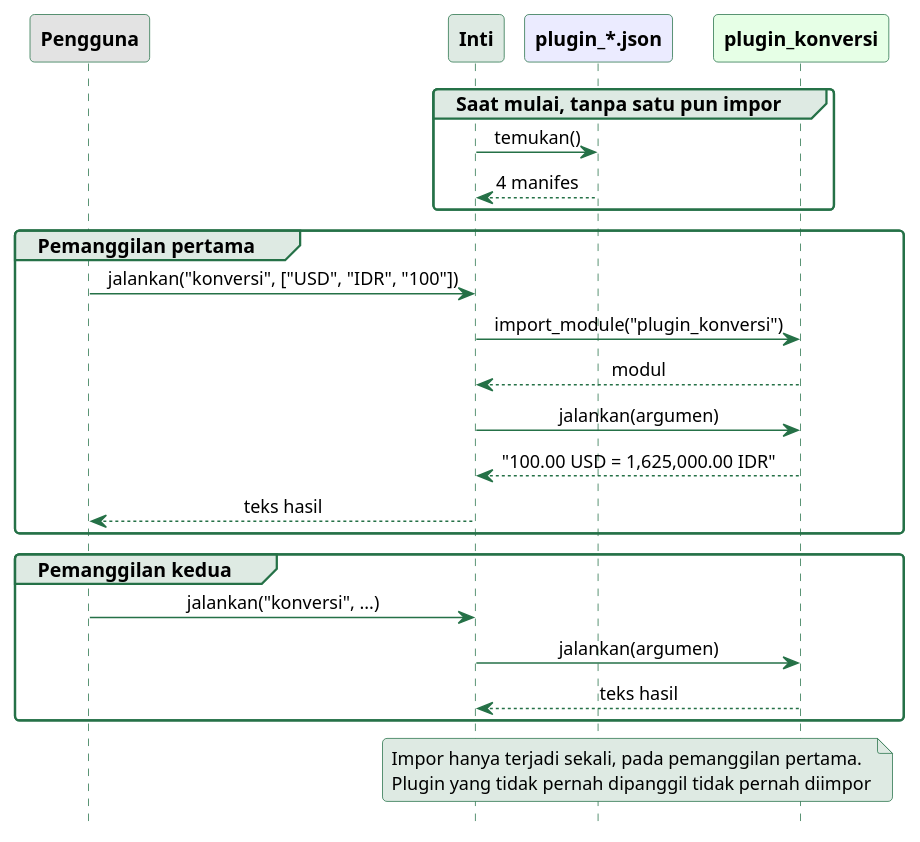
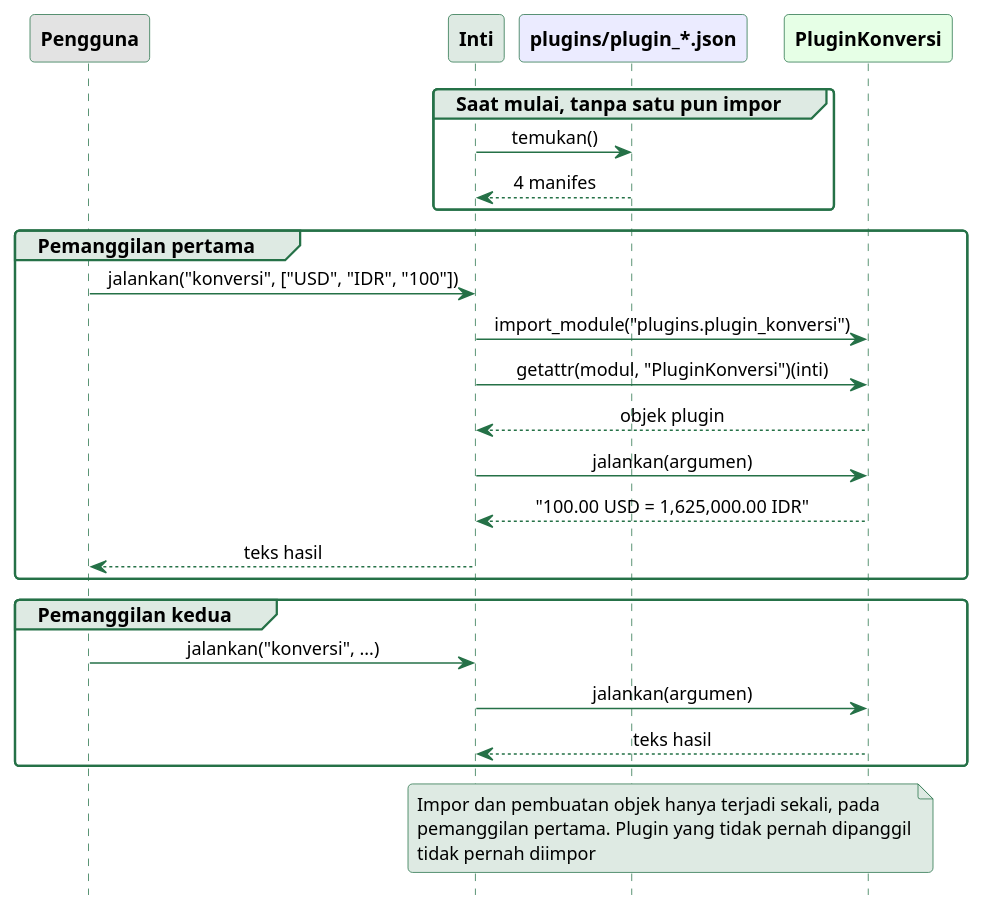
Before and after one commit to alfa-yohannis/software-architecture: the diagram in sources/chapter05/diagram/sekuens-aktivasi.puml, drawn with PlantUML. The commit also changed 26 other files, not shown here.

```diff
--- a/sources/chapter05/diagram/sekuens-aktivasi.puml
+++ b/sources/chapter05/diagram/sekuens-aktivasi.puml
@@ -11,56 +11,58 @@
 @startuml
 skinparam backgroundColor transparent
 skinparam defaultFontName Titillium Web
 skinparam defaultFontSize 13
 skinparam shadowing false
 skinparam roundCorner 6
 skinparam sequenceMessageAlignment center
 skinparam sequence {
   ArrowColor #257147
   ArrowFontSize 12
   LifeLineBorderColor #257147
   LifeLineBackgroundColor #DEEAE3
   ParticipantBorderColor #257147
   ParticipantFontColor black
   ParticipantFontSize 13
   ParticipantFontStyle bold
   GroupBackgroundColor #DEEAE3
   GroupBorderColor #257147
 }
 skinparam note {
   BackgroundColor #DEEAE3
   BorderColor #257147
   FontSize 12
 }
 hide footbox
 
 participant Pengguna as U #E3E3E3
 participant Inti as I #DEEAE3
-participant "plugin_*.json" as M #EBEBFF
-participant plugin_konversi as P #E6FFE6
+participant "plugins/plugin_*.json" as M #EBEBFF
+participant PluginKonversi as P #E6FFE6
 
 group Saat mulai, tanpa satu pun impor
   I -> M : temukan()
   M --> I : 4 manifes
 end
 
 group Pemanggilan pertama
   U -> I : jalankan("konversi", ["USD", "IDR", "100"])
-  I -> P : import_module("plugin_konversi")
-  P --> I : modul
+  I -> P : import_module("plugins.plugin_konversi")
+  I -> P : getattr(modul, "PluginKonversi")(inti)
+  P --> I : objek plugin
   I -> P : jalankan(argumen)
   P --> I : "100.00 USD = 1,625,000.00 IDR"
   I --> U : teks hasil
 end
 
 group Pemanggilan kedua
   U -> I : jalankan("konversi", ...)
   I -> P : jalankan(argumen)
   P --> I : teks hasil
 end
 
 note over I, P
-  Impor hanya terjadi sekali, pada pemanggilan pertama.
-  Plugin yang tidak pernah dipanggil tidak pernah diimpor
+  Impor dan pembuatan objek hanya terjadi sekali, pada
+  pemanggilan pertama. Plugin yang tidak pernah dipanggil
+  tidak pernah diimpor
 end note
 @enduml
```
